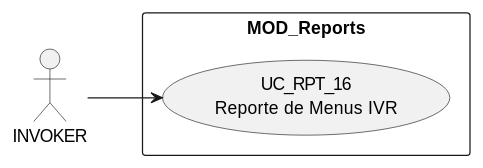
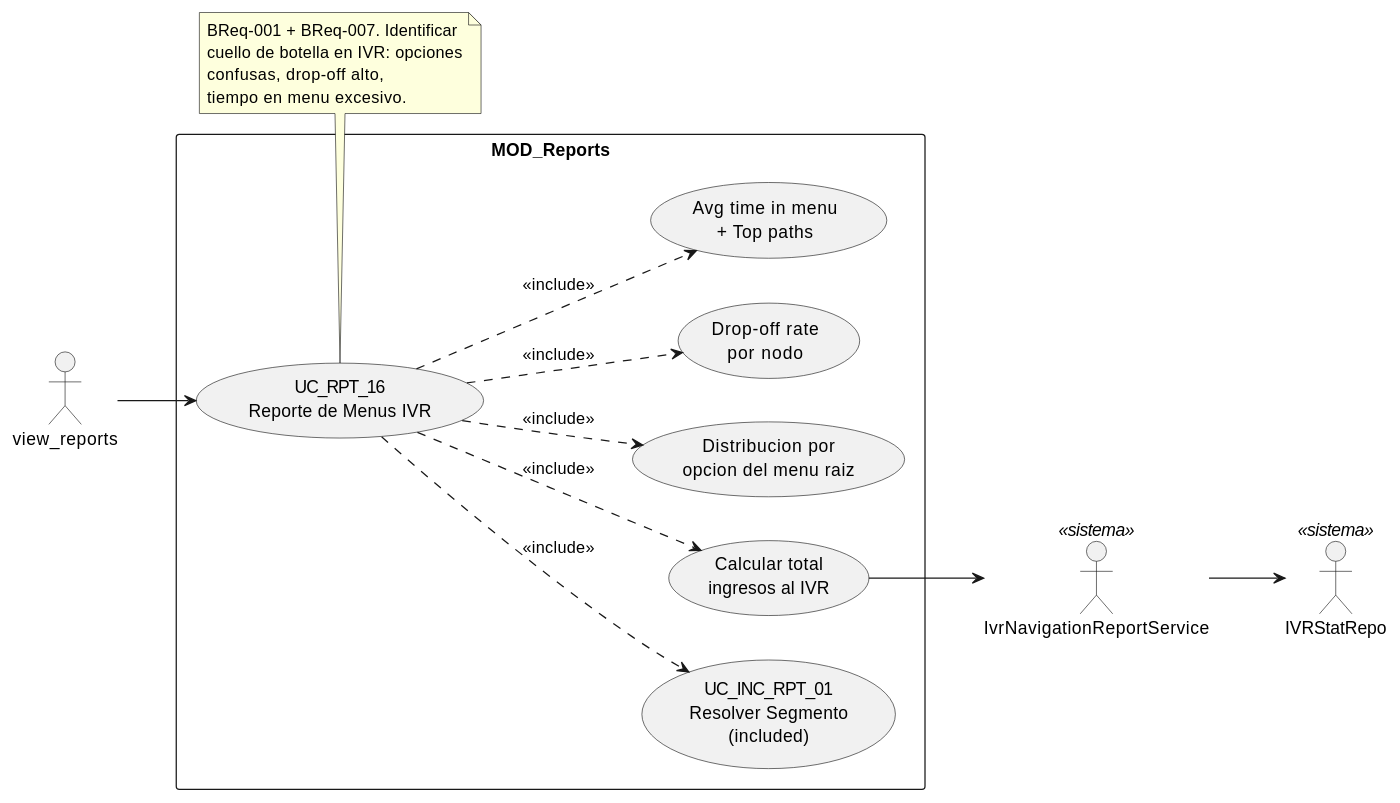
Before and after one commit to jcg-admin/IACT-docs: the diagram in source/requisitos/casos-uso/reports/uc-rpt-16/diagramas-uml/diagrama-de-caso-de-uso.rst, drawn with PlantUML. The commit also changed 8 other files, not shown here.

```diff
--- a/source/requisitos/casos-uso/reports/uc-rpt-16/diagramas-uml/diagrama-de-caso-de-uso.rst
+++ b/source/requisitos/casos-uso/reports/uc-rpt-16/diagramas-uml/diagrama-de-caso-de-uso.rst
@@ -4,22 +4,38 @@
 .. uml::
  :caption: UC_RPT_16 — actores y casos asociados
 
  @startuml
 
  left to right direction
 
- ' TODO (use-case-view-uml07-rebuild Nivel A): completar
- ' actores (INVOKER + beneficiarios + Sistema), sub-usecases
- ' (validaciones, side-effects, audit emit), relaciones
- ' (`<<include>>`, `<<extend>>`) y notas referenciando BRs/CNSTs.
- ' Ver patron canonico en uc-acc-01/diagramas-uml/diagrama-de-caso-de-uso.rst.
-
- actor "INVOKER" as INVOKER
+ actor "view_reports" as INVOKER
+ actor "IvrNavigationReportService" as SVC <<sistema>>
+ actor "IVRStatRepo" as REPO <<sistema>>
 
  rectangle "MOD_Reports" {
    usecase "UC_RPT_16\nReporte de Menus IVR" as UC_RPT_16
+   usecase "UC_INC_RPT_01\nResolver Segmento\n(included)" as UC_INC_RPT_01
+   usecase "Calcular total\ningresos al IVR" as METRIC_VOL
+   usecase "Distribucion por\nopcion del menu raiz" as METRIC_DIST
+   usecase "Drop-off rate\npor nodo" as METRIC_DROP
+   usecase "Avg time in menu\n+ Top paths" as METRIC_PATH
  }
 
  INVOKER --> UC_RPT_16
+ UC_RPT_16 ..> UC_INC_RPT_01 : <<include>>
+ UC_RPT_16 ..> METRIC_VOL : <<include>>
+ UC_RPT_16 ..> METRIC_DIST : <<include>>
+ UC_RPT_16 ..> METRIC_DROP : <<include>>
+ UC_RPT_16 ..> METRIC_PATH : <<include>>
+
+ METRIC_VOL --> SVC
+ SVC --> REPO
+
+ note bottom of UC_RPT_16
+   BReq-001 + BReq-007. Identificar
+   cuello de botella en IVR: opciones
+   confusas, drop-off alto,
+   tiempo en menu excesivo.
+ end note
 
  @enduml
```
